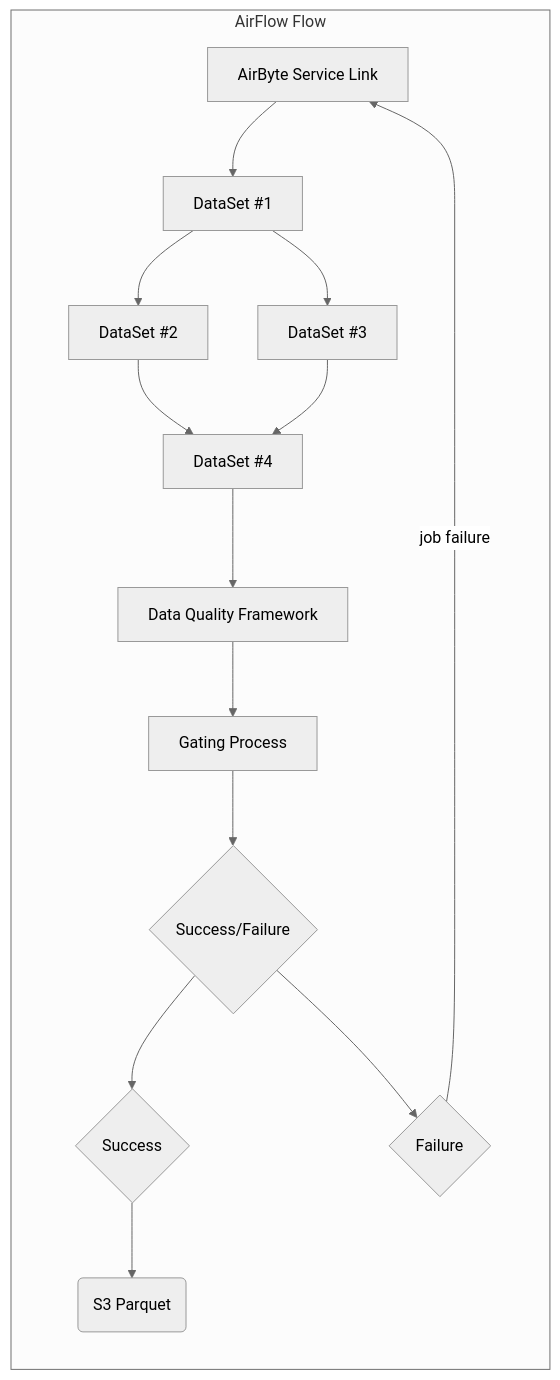
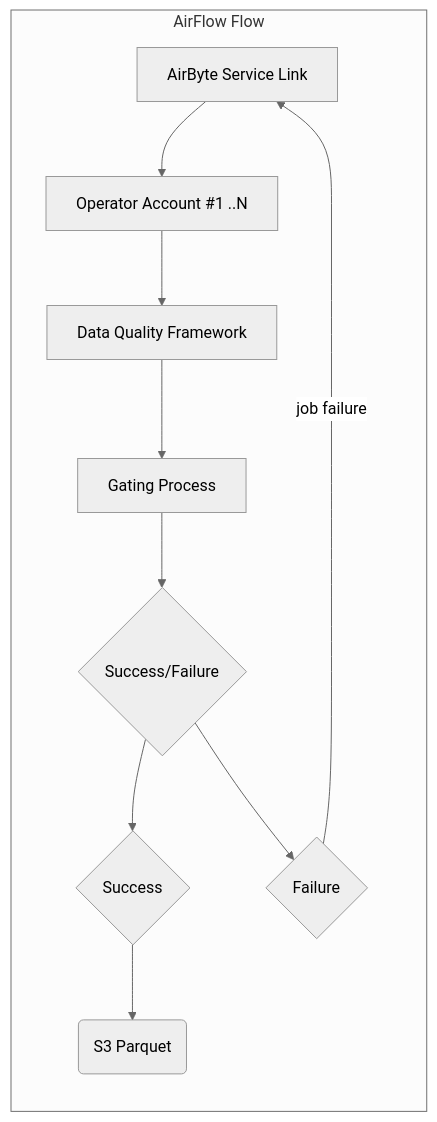
One commit to peddadap/design_templates changed the sixth of 11 diagrams in README.md. Above: the diagram before and after it, drawn with Mermaid (neutral theme). The commit also changed other lines of this file, not shown here.

````diff
--- a/README.md
+++ b/README.md
@@ -232,28 +241,22 @@
 ``` mermaid
 graph LR
     subgraph AirFlow Flow
         0[AirByte Service Link]
-        1[DataSet #1]
-        2[DataSet #2]
-        3[DataSet #3]
-        4[DataSet #4] 
+        1[Operator Account #1 ..N]
+       
         5[Data Quality Framework]
         6[Gating Process]
         7{Success/Failure}
         8{Success}
         9{Failure}
         10(S3 Parquet)
         0-->1
-        1--> 2
-        1--> 3
-        2--> 4
-        3--> 4
-        4-->5
+        1-->5
         5-->6
         6-->7
         7-->8
         7-->9
         9-->|job failure|0
         8-->10
 end
 ```
````
